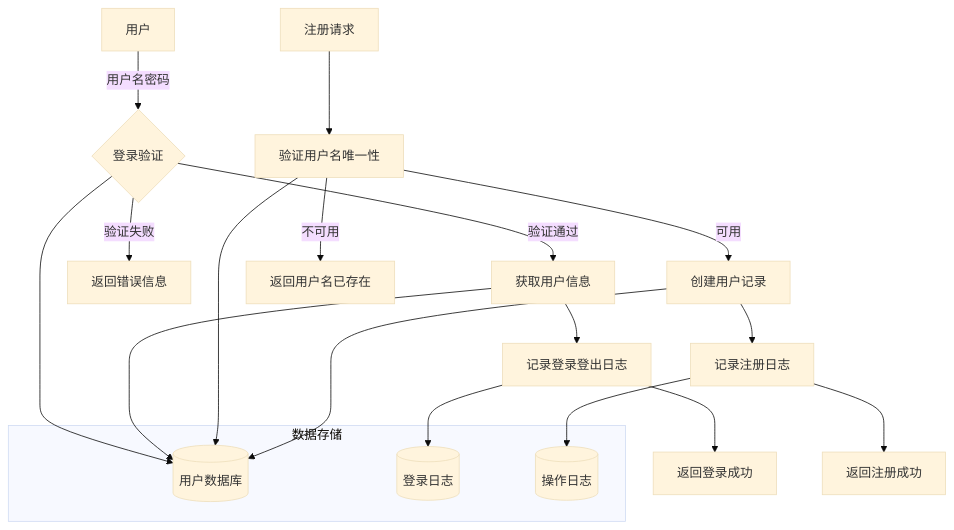
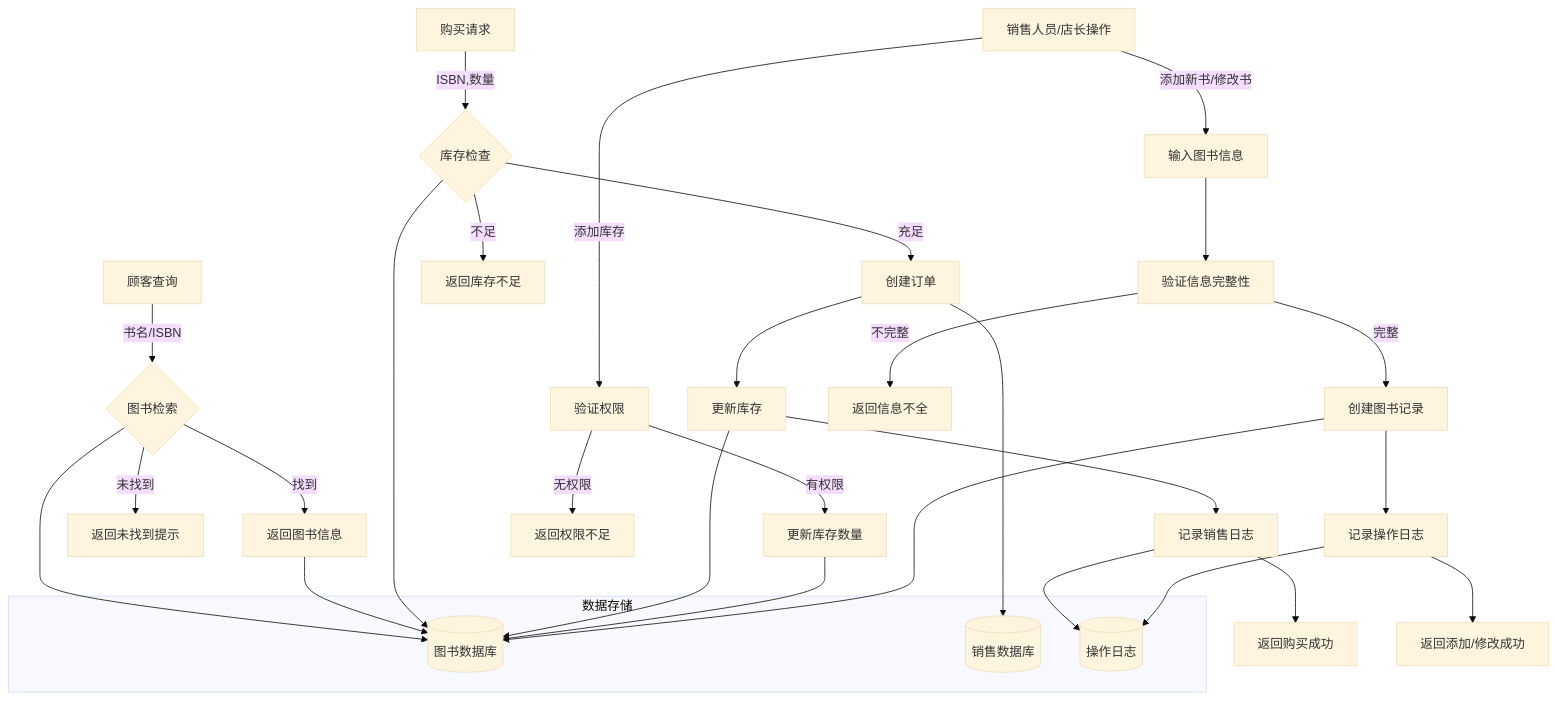
Before and after one commit to yuki-cjm/Bookstore-2025: the seventh of 8 diagrams in 需求分析文档.md, drawn with Mermaid (base theme). The commit also changed other lines of this file, not shown here.

````diff
--- a/需求分析文档.md
+++ b/需求分析文档.md
@@ -219,29 +233,42 @@
 ```mermaid
 graph TD
-    A[用户] -->|用户名密码| B{登录验证}
-    B -->|验证通过| C[获取用户信息]
-    B -->|验证失败| D[返回错误信息]
+    A[顾客查询] -->|书名/ISBN| B{图书检索}
+    B -->|找到| C[返回图书信息]
+    B -->|未找到| D[返回未找到提示]
     
-    C --> E[记录登录登出日志]
-    E --> F[返回登录成功]
+    E[购买请求] -->|ISBN,数量| F{库存检查}
+    F -->|充足| G[创建订单]
+    F -->|不足| H[返回库存不足]
     
-    G[注册请求] --> H[验证用户名唯一性]
-    H -->|可用| I[创建用户记录]
-    H -->|不可用| J[返回用户名已存在]
+    G --> I[更新库存]
+    I --> J[记录销售日志]
+    J --> K[返回购买成功]
     
-    I --> K[记录注册日志]
-    K --> L[返回注册成功]
+    L[销售人员/店长操作] -->|添加库存| M[验证权限]
+    M -->|有权限| N[更新库存数量]
+    M -->|无权限| O[返回权限不足]
+    
+    L -->|添加新书/修改书| Q[输入图书信息]
+    Q --> R[验证信息完整性]
+    R -->|完整| S[创建图书记录]
+    R -->|不完整| T[返回信息不全]
+    
+    S --> U[记录操作日志]
+    U --> V[返回添加/修改成功]
     
     subgraph "数据存储"
-        M[(用户数据库)]
-        N[(登录日志)]
-        O[(操作日志)]
+        W[(图书数据库)]
+        Y[(销售数据库)]
+        Z[(操作日志)]
     end
     
-    B --> M
-    C --> M
-    H --> M
-    I --> M
-    E --> N
-    K --> O
+    B --> W
+    C --> W
+    F --> W
+    I --> W
+    G --> Y
+    N --> W
+    S --> W
+    J --> Z
+    U --> Z
 ```
````
